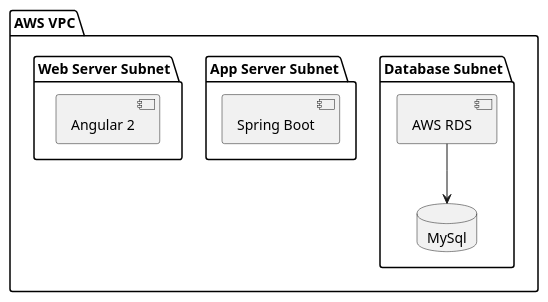
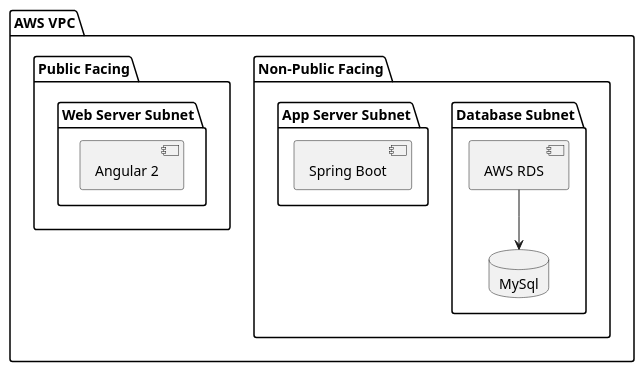
Before and after one commit to polinchw/monitorserver: the diagram in documentation/diagrams/vpc.puml, drawn with PlantUML.

Commit message:
Added a plant uml diagram.

```diff
--- a/documentation/diagrams/vpc.puml
+++ b/documentation/diagrams/vpc.puml
@@ -1,19 +1,23 @@
 @startuml
 
 package "AWS VPC" {
- folder "Database Subnet" {
-      [AWS RDS]  --> MySql
+  folder "Non-Public Facing" {
+  folder "Database Subnet" {
+        [AWS RDS]  --> MySql
+    }
+    folder "App Server Subnet" {
+        [Spring Boot]
+    }
   }
-  folder "App Server Subnet" {
-      [Spring Boot]
-  }
-  folder "Web Server Subnet" {
-     [Angular 2]
+  folder "Public Facing" {
+    folder "Web Server Subnet" {
+       [Angular 2]
+    }
   }
 }
 
 database "MySql" {
 
 }
 
 @enduml
```
